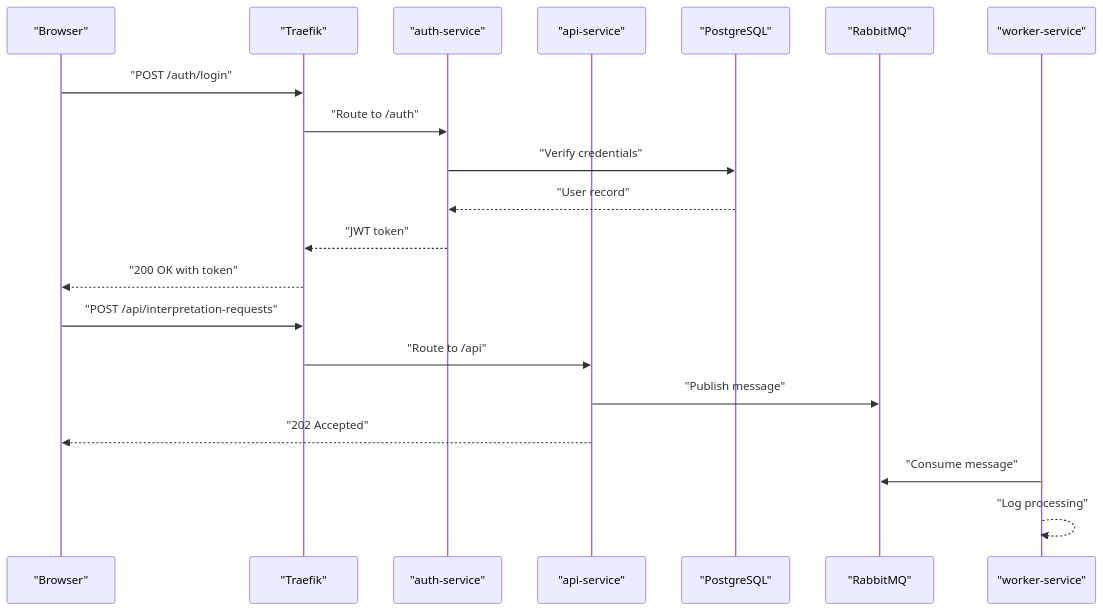
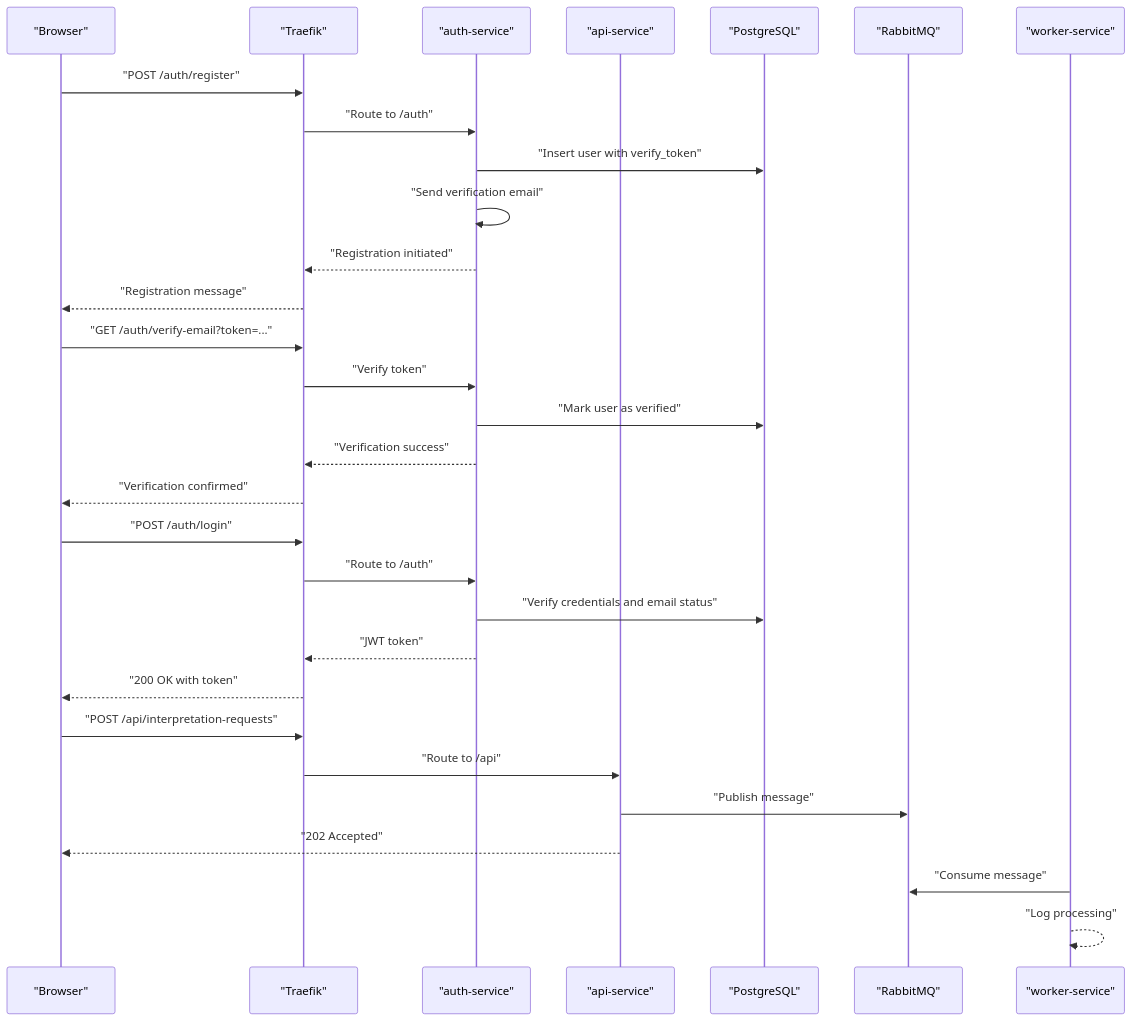
One commit to ikramhh/signvue-project changed the second of 7 diagrams in .qoder/repowiki/en/content/Deployment and Operations.md. Above: the diagram before and after it, drawn with Mermaid. The commit also changed other lines of this file and 4 other files, not shown here.

````diff
--- a/.qoder/repowiki/en/content/Deployment and Operations.md
+++ b/.qoder/repowiki/en/content/Deployment and Operations.md
@@ -124,22 +139,32 @@
 ```mermaid
 sequenceDiagram
 participant Client as "Browser"
 participant Traefik as "Traefik"
 participant Auth as "auth-service"
 participant API as "api-service"
 participant DB as "PostgreSQL"
 participant MQ as "RabbitMQ"
 participant Worker as "worker-service"
+Client->>Traefik : "POST /auth/register"
+Traefik->>Auth : "Route to /auth"
+Auth->>DB : "Insert user with verify_token"
+Auth->>Auth : "Send verification email"
+Auth-->>Traefik : "Registration initiated"
+Traefik-->>Client : "Registration message"
+Client->>Traefik : "GET /auth/verify-email?token=..."
+Traefik->>Auth : "Verify token"
+Auth->>DB : "Mark user as verified"
+Auth-->>Traefik : "Verification success"
+Traefik-->>Client : "Verification confirmed"
 Client->>Traefik : "POST /auth/login"
 Traefik->>Auth : "Route to /auth"
-Auth->>DB : "Verify credentials"
-DB-->>Auth : "User record"
+Auth->>DB : "Verify credentials and email status"
 Auth-->>Traefik : "JWT token"
 Traefik-->>Client : "200 OK with token"
 Client->>Traefik : "POST /api/interpretation-requests"
 Traefik->>API : "Route to /api"
 API->>MQ : "Publish message"
 API-->>Client : "202 Accepted"
 Worker->>MQ : "Consume message"
 Worker-->>Worker : "Log processing"
 ```
````
